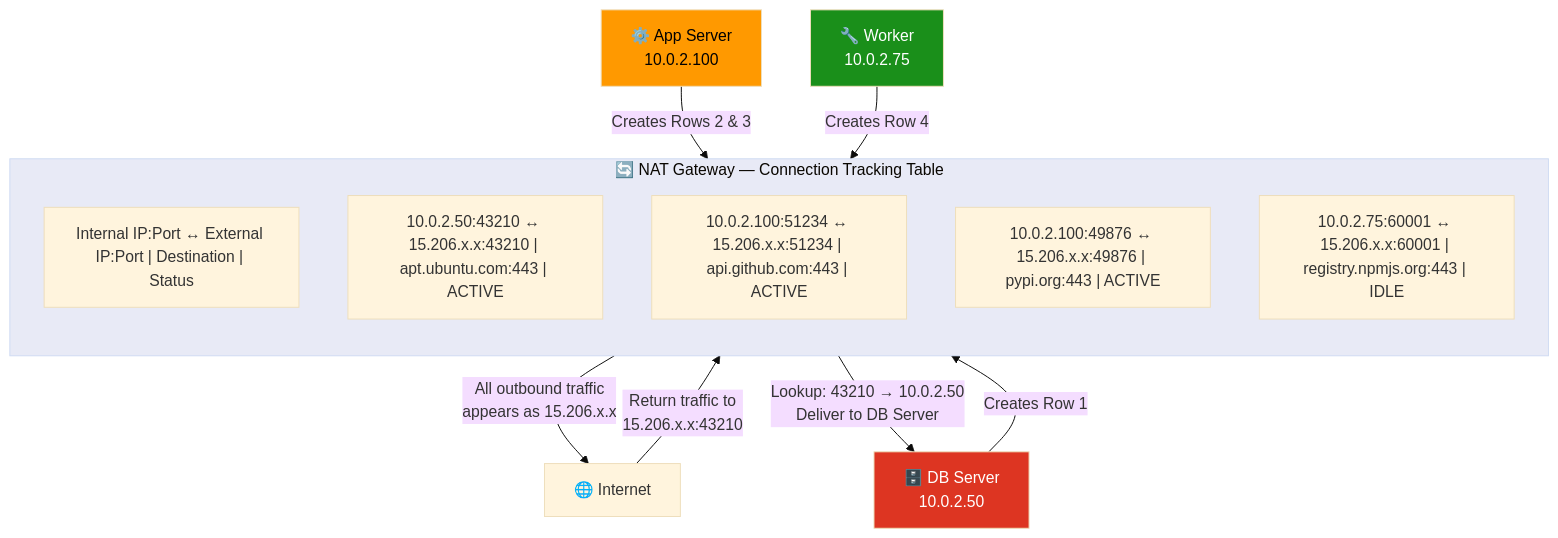
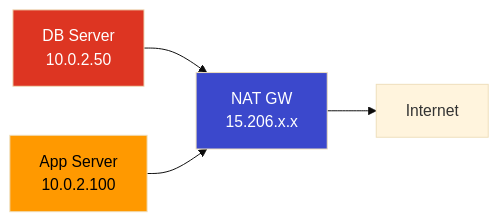
Before and after one commit to selvakumarperumal/AWS_Provisioning_with_Terraform: the fifth of 17 diagrams in 05-nat-gateway/README.md, drawn with Mermaid (base theme). The commit also changed other lines of this file, not shown here.

Commit message:
docs: nat updated again

````diff
--- a/05-nat-gateway/README.md
+++ b/05-nat-gateway/README.md
@@ -158,24 +158,10 @@
 ```mermaid
-graph TD
-    subgraph NAT_Table["🔄 NAT Gateway — Connection Tracking Table"]
-        direction TB
-        Header["Internal IP:Port ↔ External IP:Port | Destination | Status"]
-        Row1["10.0.2.50:43210 ↔ 15.206.x.x:43210 | apt.ubuntu.com:443 | ACTIVE"]
-        Row2["10.0.2.100:51234 ↔ 15.206.x.x:51234 | api.github.com:443 | ACTIVE"]
-        Row3["10.0.2.100:49876 ↔ 15.206.x.x:49876 | pypi.org:443 | ACTIVE"]
-        Row4["10.0.2.75:60001 ↔ 15.206.x.x:60001 | registry.npmjs.org:443 | IDLE"]
-    end
+graph LR
+    DB2["DB Server\n10.0.2.50"] --> NAT2["NAT GW\n15.206.x.x"]
+    App2["App Server\n10.0.2.100"] --> NAT2
+    NAT2 --> Internet3["Internet"]
 
-    DB2["🗄️ DB Server\n10.0.2.50"] -->|"Creates Row 1"| NAT_Table
-    App2["⚙️ App Server\n10.0.2.100"] -->|"Creates Rows 2 & 3"| NAT_Table
-    Worker["🔧 Worker\n10.0.2.75"] -->|"Creates Row 4"| NAT_Table
-
-    NAT_Table -->|"All outbound traffic\nappears as 15.206.x.x"| Internet3["🌐 Internet"]
-    Internet3 -->|"Return traffic to\n15.206.x.x:43210"| NAT_Table
-    NAT_Table -->|"Lookup: 43210 → 10.0.2.50\nDeliver to DB Server"| DB2
-
-    style NAT_Table fill:#e8eaf6
     style DB2 fill:#dd3522,color:#fff
     style App2 fill:#ff9900,color:#000
-    style Worker fill:#1a8f1a,color:#fff
+    style NAT2 fill:#3b48cc,color:#fff
 ```
````
